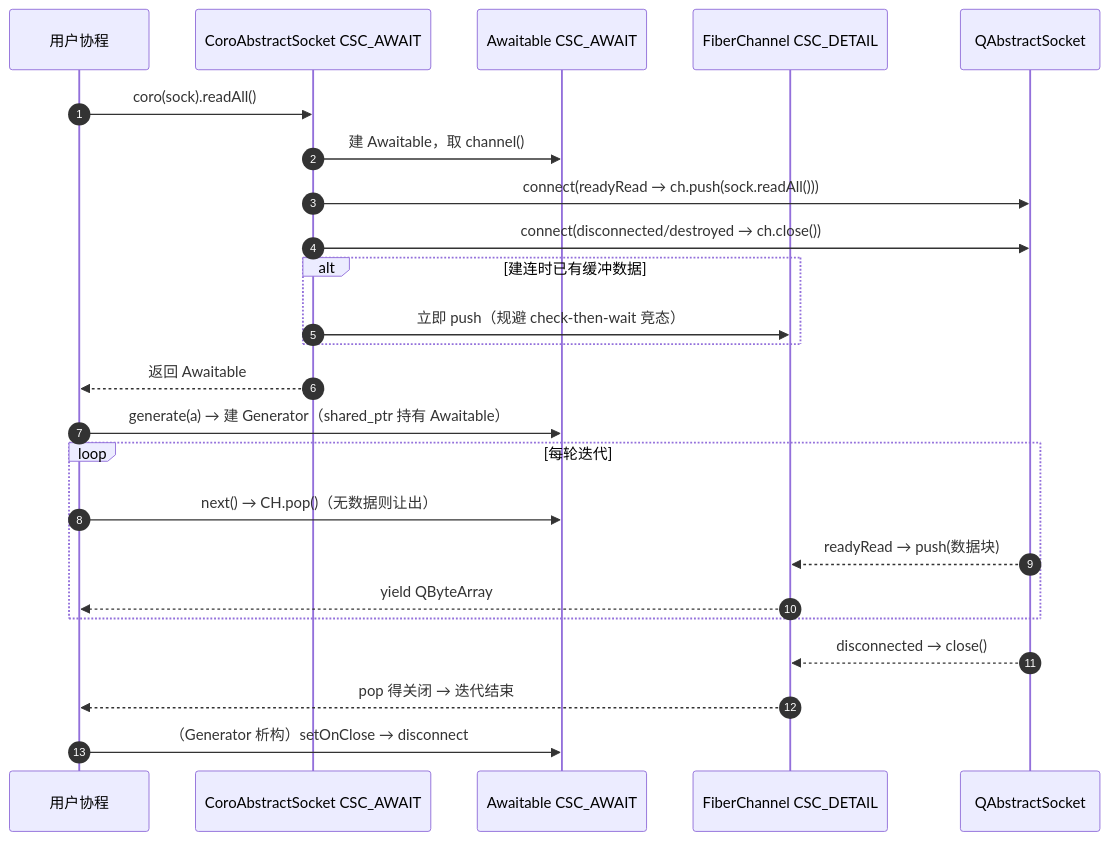
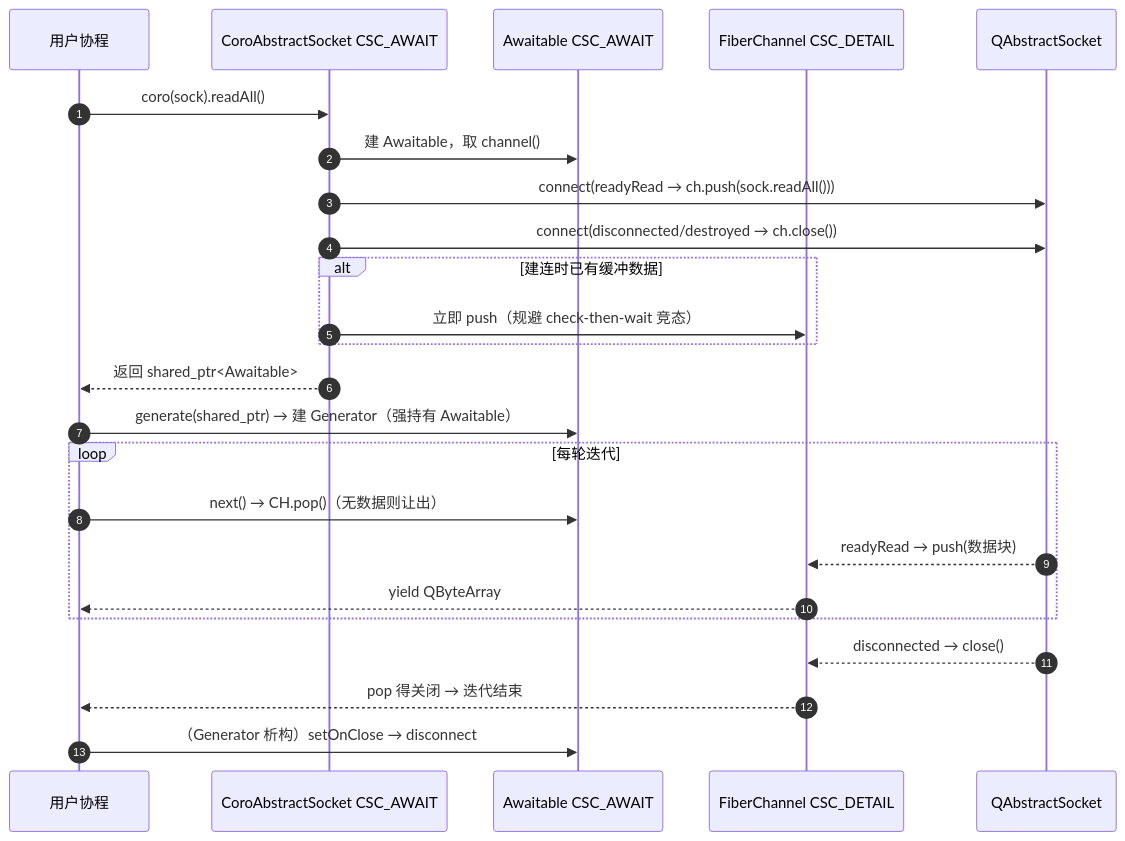
Before and after one commit to Ste7an-cs/AsyncTask: the tenth of 16 diagrams in doc/软件设计说明.md, drawn with Mermaid. The commit also changed other lines of this file and 4 other files, not shown here.

````diff
--- a/doc/软件设计说明.md
+++ b/doc/软件设计说明.md
@@ -431,27 +451,27 @@
 ```mermaid
 sequenceDiagram
     autonumber
     participant U as 用户协程
     participant W as CoroAbstractSocket CSC_AWAIT
     participant A as Awaitable CSC_AWAIT
     participant CH as FiberChannel CSC_DETAIL
     participant Sk as QAbstractSocket
 
     U->>W: coro(sock).readAll()
     W->>A: 建 Awaitable，取 channel()
     W->>Sk: connect(readyRead → ch.push(sock.readAll()))
     W->>Sk: connect(disconnected/destroyed → ch.close())
     alt 建连时已有缓冲数据
         W->>CH: 立即 push（规避 check-then-wait 竞态）
     end
-    W-->>U: 返回 Awaitable
-    U->>A: generate(a) → 建 Generator（shared_ptr 持有 Awaitable）
+    W-->>U: 返回 shared_ptr<Awaitable>
+    U->>A: generate(shared_ptr) → 建 Generator（强持有 Awaitable）
     loop 每轮迭代
         U->>A: next() → CH.pop()（无数据则让出）
         Sk-->>CH: readyRead → push(数据块)
         CH-->>U: yield QByteArray
     end
     Sk-->>CH: disconnected → close()
     CH-->>U: pop 得关闭 → 迭代结束
     U->>A: （Generator 析构）setOnClose → disconnect
 ```
````
